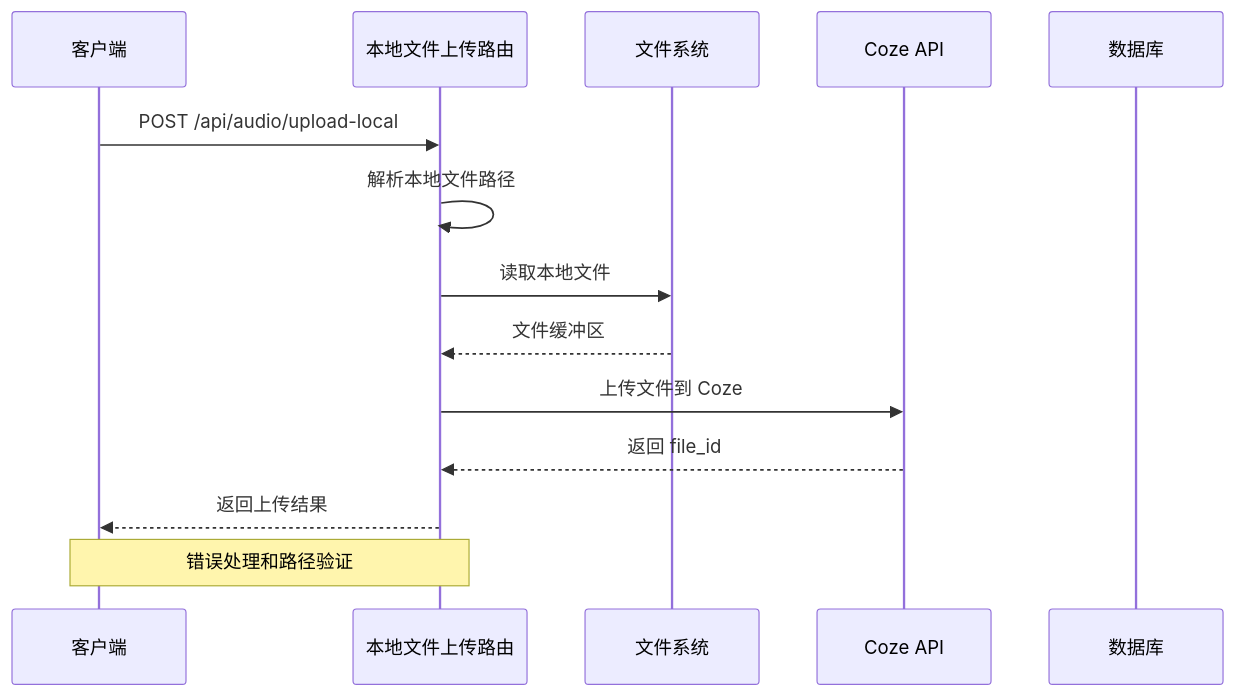
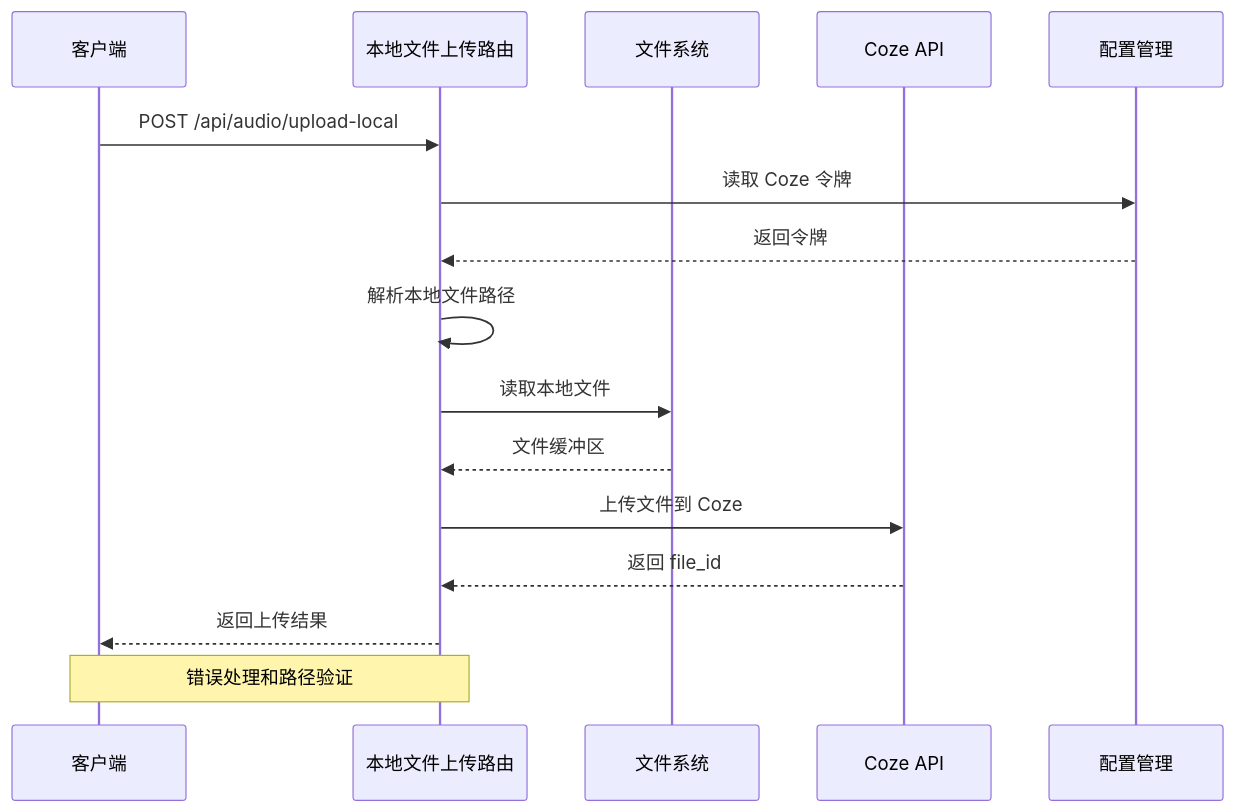
Before and after one commit to hanksd769-droid/sailshub: the fourth of 8 diagrams in .qoder/repowiki/zh/content/多模态工作流模块/音频处理模块.md, drawn with Mermaid. The commit also changed other lines of this file and 4 other files, not shown here.

````diff
--- a/.qoder/repowiki/zh/content/多模态工作流模块/音频处理模块.md
+++ b/.qoder/repowiki/zh/content/多模态工作流模块/音频处理模块.md
@@ -176,16 +214,18 @@
 ```mermaid
 sequenceDiagram
 participant Client as 客户端
 participant API as 本地文件上传路由
 participant FS as 文件系统
 participant Coze as Coze API
-participant DB as 数据库
+participant Config as 配置管理
 Client->>API : POST /api/audio/upload-local
+API->>Config : 读取 Coze 令牌
+Config-->>API : 返回令牌
 API->>API : 解析本地文件路径
 API->>FS : 读取本地文件
 FS-->>API : 文件缓冲区
 API->>Coze : 上传文件到 Coze
 Coze-->>API : 返回 file_id
 API-->>Client : 返回上传结果
 Note over API,Client : 错误处理和路径验证
 ```
````
